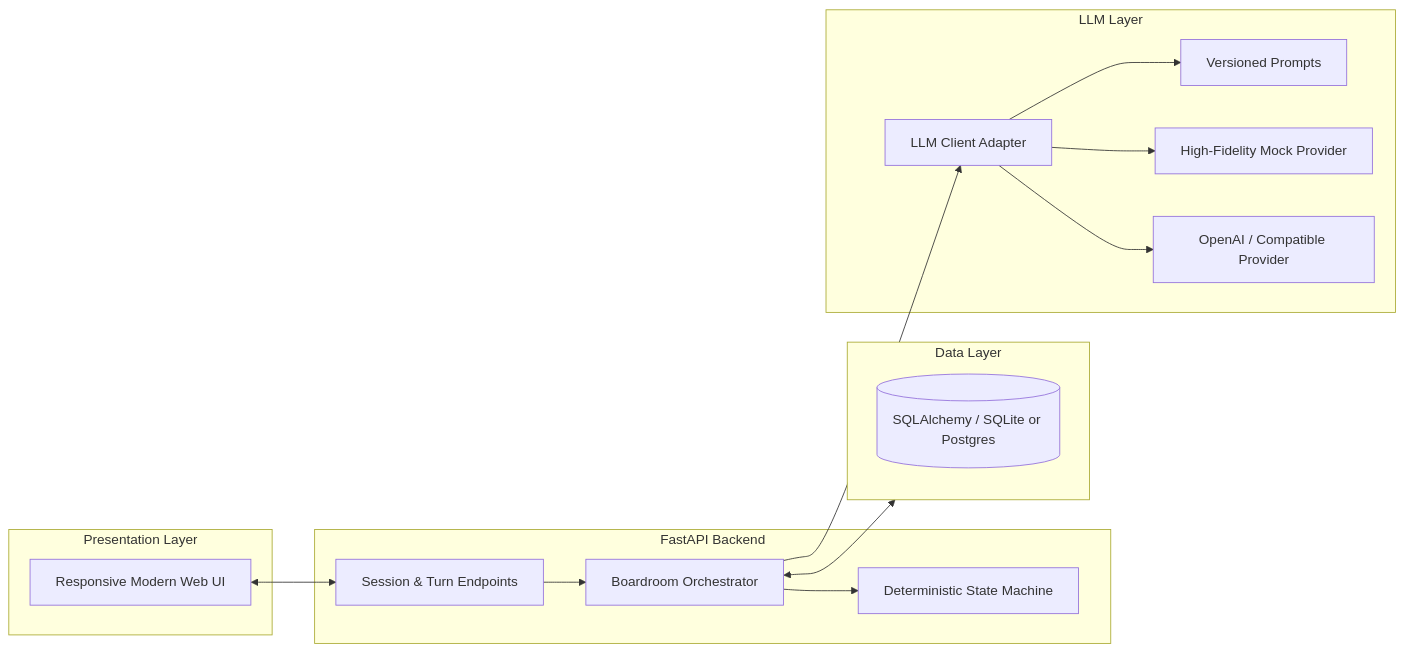
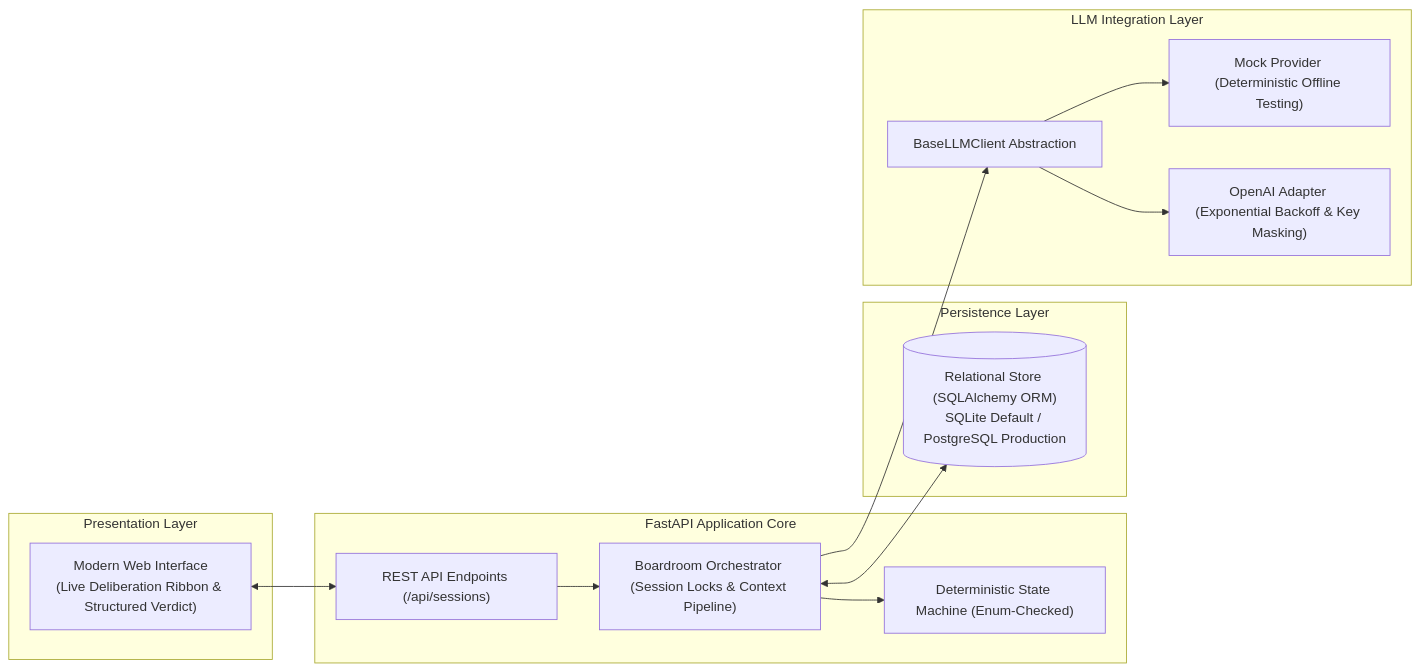
The second of 2 diagrams in README.md (harshthanki-codes/Multi_AI_Agent_System), drawn with Mermaid before and after one commit. The commit also changed other lines of this file, not shown here.

````diff
--- a/README.md
+++ b/README.md
@@ -33,32 +51,30 @@
 ```mermaid
 flowchart LR
     subgraph Client [Presentation Layer]
-        UI[Responsive Modern Web UI]
+        UI["Modern Web Interface<br/>(Live Deliberation Ribbon & Structured Verdict)"]
     end
 
-    subgraph API [FastAPI Backend]
-        Router[Session & Turn Endpoints]
-        FSM[Deterministic State Machine]
-        Orchestrator[Boardroom Orchestrator]
+    subgraph Backend [FastAPI Application Core]
+        Router["REST API Endpoints (/api/sessions)"]
+        FSM["Deterministic State Machine (Enum-Checked)"]
+        Orchestrator["Boardroom Orchestrator (Session Locks & Context Pipeline)"]
     end
 
-    subgraph Persistence [Data Layer]
-        SQLite[(SQLAlchemy / SQLite or Postgres)]
+    subgraph Storage [Persistence Layer]
+        DB[("Relational Store (SQLAlchemy ORM)<br/>SQLite Default / PostgreSQL Production")]
     end
 
-    subgraph Intelligence [LLM Layer]
-        Adapter[LLM Client Adapter]
-        Prompts[Versioned Prompts]
-        Mock[High-Fidelity Mock Provider]
-        OpenAI[OpenAI / Compatible Provider]
+    subgraph Intelligence [LLM Integration Layer]
+        Adapter["BaseLLMClient Abstraction"]
+        Mock["Mock Provider (Deterministic Offline Testing)"]
+        OpenAI["OpenAI Adapter (Exponential Backoff & Key Masking)"]
     end
 
     UI <--> Router
     Router --> Orchestrator
     Orchestrator --> FSM
-    Orchestrator <--> Persistence
+    Orchestrator <--> DB
     Orchestrator --> Adapter
-    Adapter --> Prompts
     Adapter --> Mock
     Adapter --> OpenAI
 ```
````
